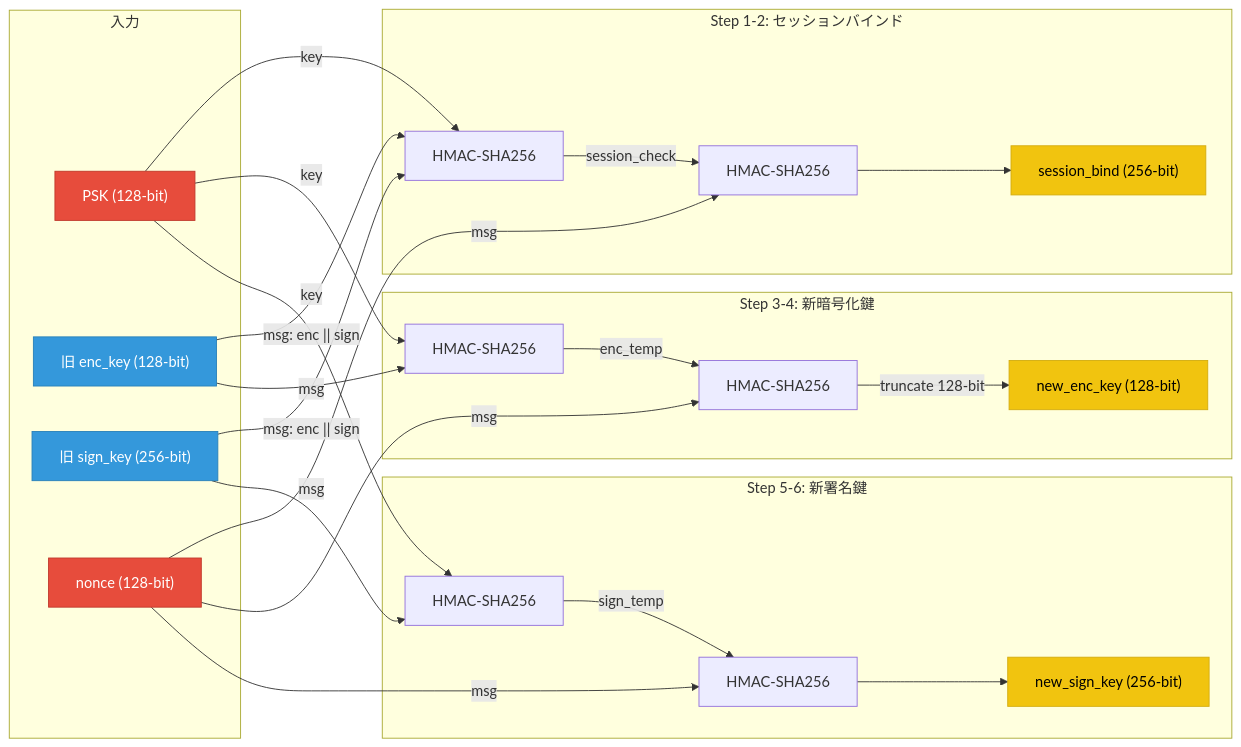
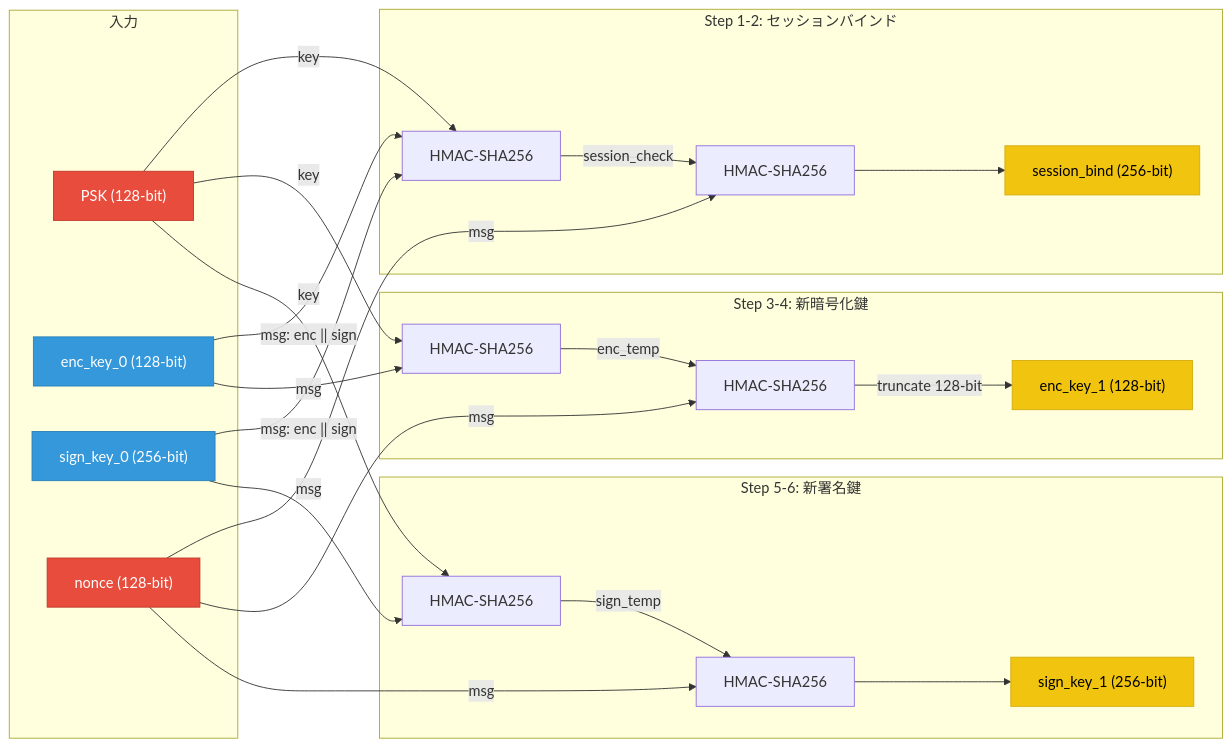
The third of 5 diagrams in docs/spec/msl_key_relationship.md (qtmleap/revkit), drawn with Mermaid before and after one commit. The commit also changed other lines of this file and 1 other file, not shown here.

````diff
--- a/docs/spec/msl_key_relationship.md
+++ b/docs/spec/msl_key_relationship.md
@@ -92,47 +149,47 @@
 ```mermaid
 graph LR
     subgraph "入力"
         PSK2["PSK (128-bit)"]
-        ENC_OLD["旧 enc_key (128-bit)"]
-        SIGN_OLD["旧 sign_key (256-bit)"]
+        ENC_OLD["enc_key_0 (128-bit)"]
+        SIGN_OLD["sign_key_0 (256-bit)"]
         NONCE2["nonce (128-bit)"]
     end
 
     subgraph "Step 1-2: セッションバインド"
         PSK2 -->|key| H1["HMAC-SHA256"]
         ENC_OLD -->|"msg: enc || sign"| H1
         SIGN_OLD -->|"msg: enc || sign"| H1
         H1 -->|session_check| H2["HMAC-SHA256"]
         NONCE2 -->|msg| H2
         H2 --> SB["session_bind (256-bit)"]
     end
 
     subgraph "Step 3-4: 新暗号化鍵"
         PSK2 -->|key| H3["HMAC-SHA256"]
         ENC_OLD -->|msg| H3
         H3 -->|enc_temp| H4["HMAC-SHA256"]
         NONCE2 -->|msg| H4
-        H4 -->|truncate 128-bit| NEW_ENC["new_enc_key (128-bit)"]
+        H4 -->|truncate 128-bit| NEW_ENC["enc_key_1 (128-bit)"]
     end
 
     subgraph "Step 5-6: 新署名鍵"
         PSK2 -->|key| H5["HMAC-SHA256"]
         SIGN_OLD -->|msg| H5
         H5 -->|sign_temp| H6["HMAC-SHA256"]
         NONCE2 -->|msg| H6
-        H6 --> NEW_SIGN["new_sign_key (256-bit)"]
+        H6 --> NEW_SIGN["sign_key_1 (256-bit)"]
     end
 
     %% 赤: バイナリ埋め込み
     style PSK2 fill:#e74c3c,stroke:#c0392b,color:#fff
     style NONCE2 fill:#e74c3c,stroke:#c0392b,color:#fff
 
     %% 青: サーバーレスポンス由来
     style ENC_OLD fill:#3498db,stroke:#2980b9,color:#fff
     style SIGN_OLD fill:#3498db,stroke:#2980b9,color:#fff
 
     %% 黄: 計算可能
     style NEW_ENC fill:#f1c40f,stroke:#d4ac0f,color:#000
     style NEW_SIGN fill:#f1c40f,stroke:#d4ac0f,color:#000
     style SB fill:#f1c40f,stroke:#d4ac0f,color:#000
 ```
````
